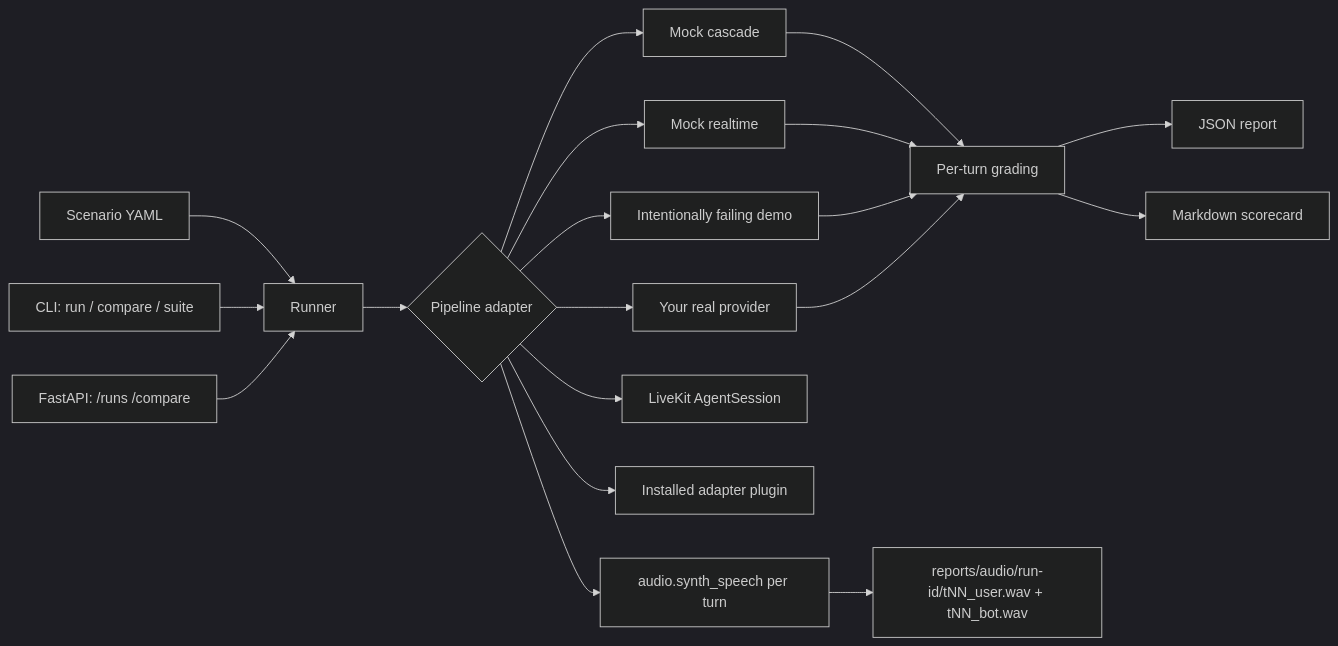
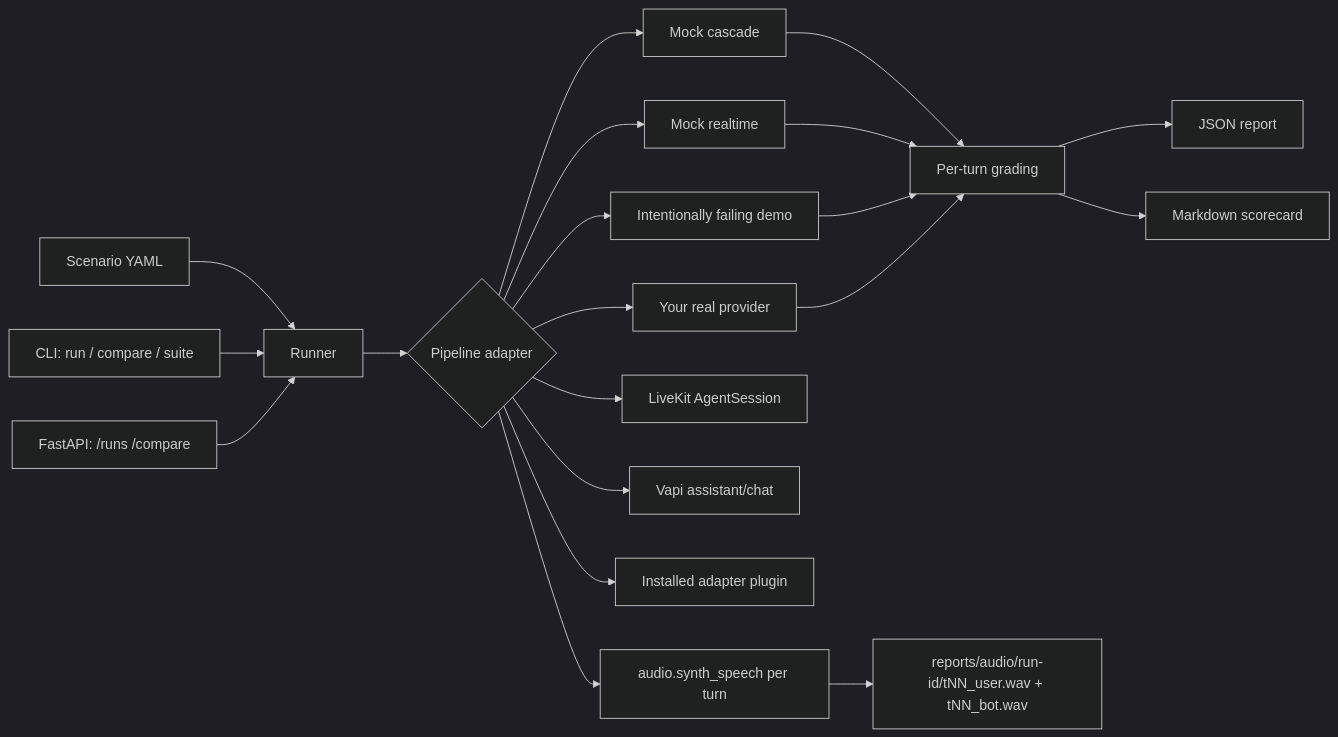
One commit to rand0wn/voice-eval changed the diagram in README.md. Above: the diagram before and after it, drawn with Mermaid (dark theme). The commit also changed other lines of this file and 4 other files, not shown here.

First line of the commit message:
Add Vapi adapter (VapiAdapter, VapiTurnClient, VapiHTTPClient)

````diff
--- a/README.md
+++ b/README.md
@@ -287,21 +297,22 @@
 ```mermaid
 flowchart LR
   YAML[Scenario YAML] --> Runner
   CLI[CLI: run / compare / suite] --> Runner
   API[FastAPI: /runs /compare] --> Runner
   Runner --> Adapter{Pipeline adapter}
   Adapter --> Cascade[Mock cascade]
   Adapter --> Realtime[Mock realtime]
   Adapter --> Degraded[Intentionally failing demo]
   Adapter --> Real[Your real provider]
   Adapter --> LiveKit[LiveKit AgentSession]
+  Adapter --> Vapi[Vapi assistant/chat]
   Adapter --> Plugin[Installed adapter plugin]
   Adapter --> Audio[audio.synth_speech per turn]
   Cascade --> Grade[Per-turn grading]
   Realtime --> Grade
   Degraded --> Grade
   Real --> Grade
   Grade --> JSON[JSON report]
   Grade --> MD[Markdown scorecard]
   Audio --> WAV[reports/audio/run-id/tNN_user.wav + tNN_bot.wav]
 ```
````
